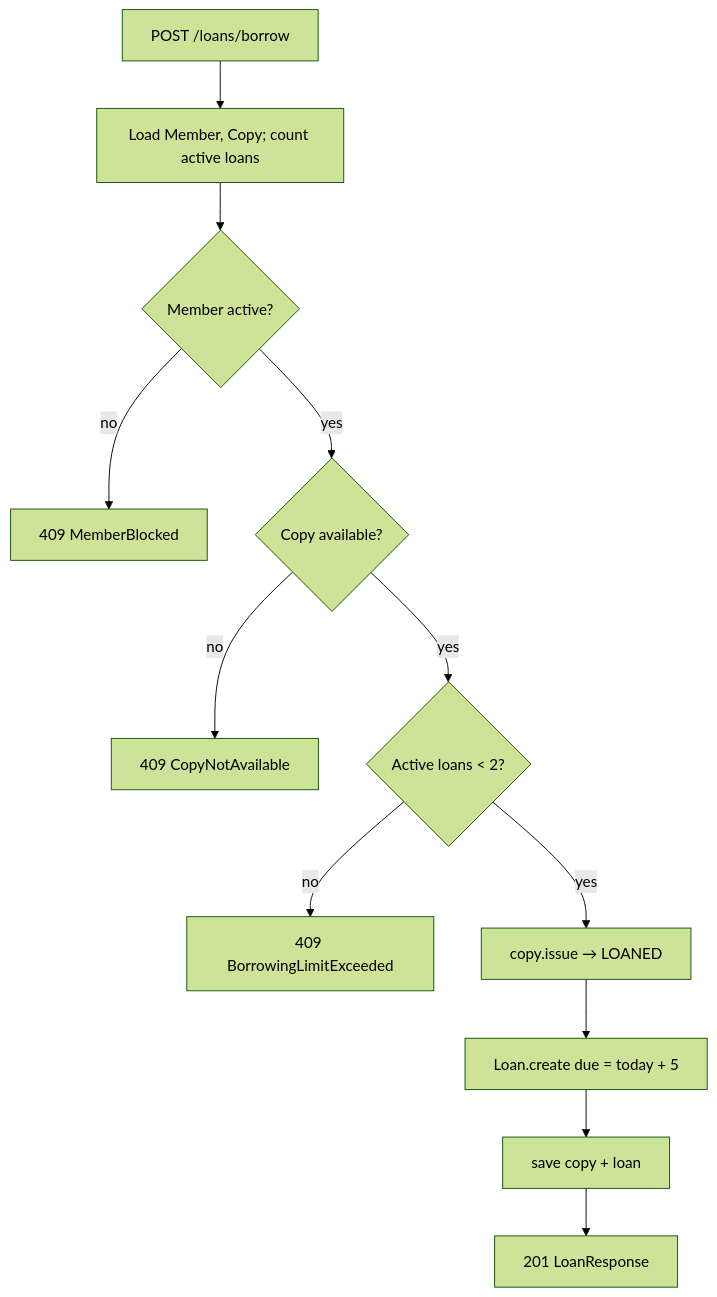
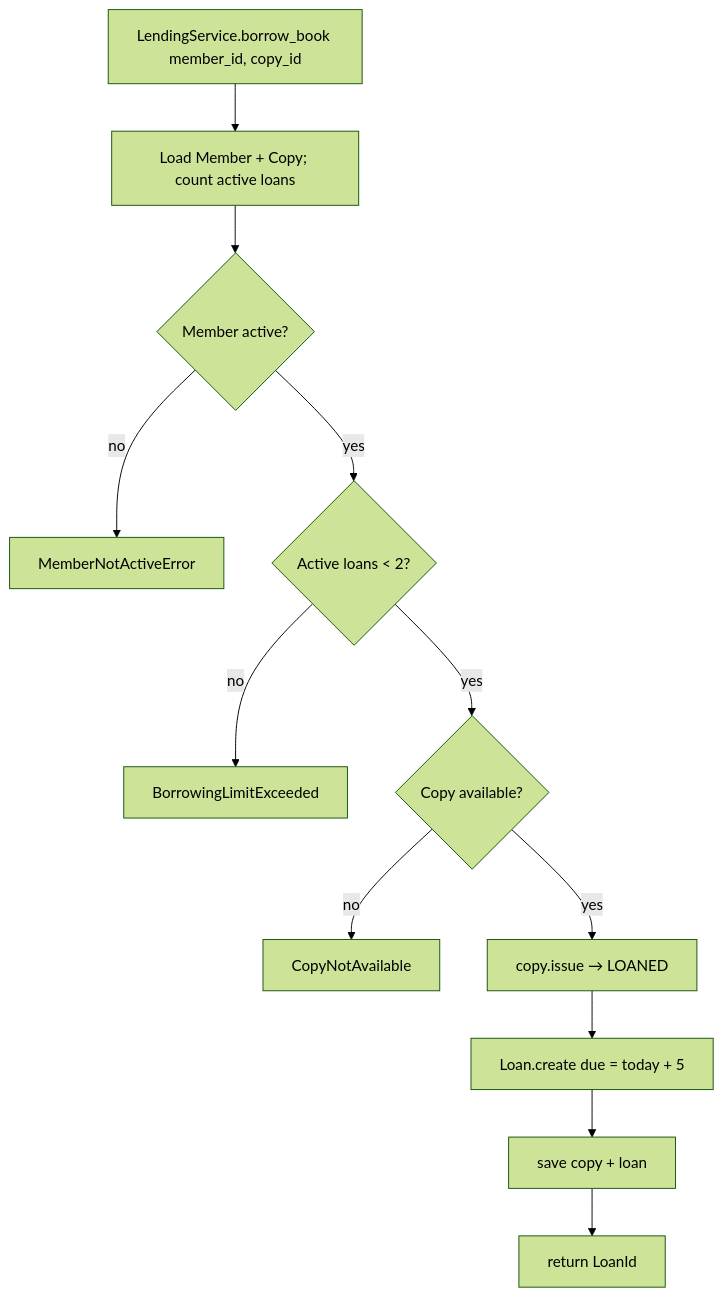
The fifth of 5 diagrams in library_management_system_v2/docs/step-12-artifacts.md (DivyaDas-Trilio/low-level-design), drawn with Mermaid (forest theme) before and after one commit. The commit also changed other lines of this file and 28 other files, not shown here.

````diff
--- a/library_management_system_v2/docs/step-12-artifacts.md
+++ b/library_management_system_v2/docs/step-12-artifacts.md
@@ -206,14 +228,14 @@
 ```mermaid
 flowchart TD
-    A[POST /loans/borrow] --> B[Load Member, Copy; count active loans]
+    A[LendingService.borrow_book member_id, copy_id] --> B[Load Member + Copy; count active loans]
     B --> C{Member active?}
-    C -- no --> E1[409 MemberBlocked]
-    C -- yes --> D{Copy available?}
-    D -- no --> E2[409 CopyNotAvailable]
-    D -- yes --> F{Active loans < 2?}
-    F -- no --> E3[409 BorrowingLimitExceeded]
-    F -- yes --> G[copy.issue → LOANED]
+    C -- no --> E1[MemberNotActiveError]
+    C -- yes --> F{Active loans < 2?}
+    F -- no --> E3[BorrowingLimitExceeded]
+    F -- yes --> D{Copy available?}
+    D -- no --> E2[CopyNotAvailable]
+    D -- yes --> G[copy.issue → LOANED]
     G --> H[Loan.create due = today + 5]
     H --> I[save copy + loan]
-    I --> J[201 LoanResponse]
+    I --> J[return LoanId]
 ```
````
